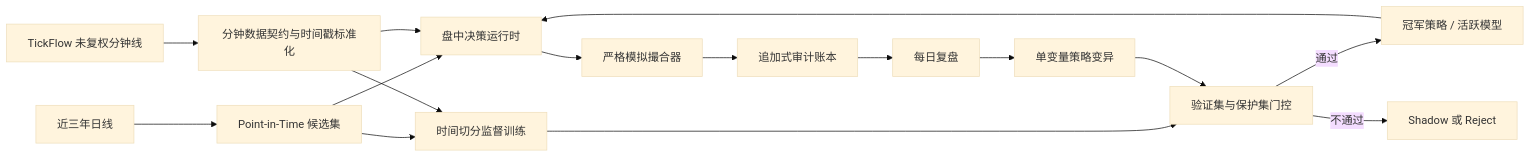
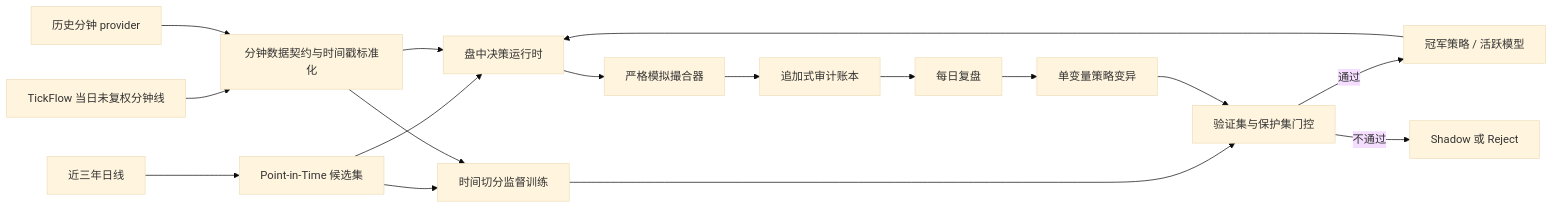
The diagram in docs/investment-expert-agent.md (Like315/tickflow-stock-panel), drawn with Mermaid (base theme) before and after one commit. The commit also changed other lines of this file and 45 other files, not shown here.

````diff
--- a/docs/investment-expert-agent.md
+++ b/docs/investment-expert-agent.md
@@ -9,18 +9,19 @@
 ```mermaid
 flowchart LR
-    T["TickFlow 未复权分钟线"] --> N["分钟数据契约与时间戳标准化"]
+    T["TickFlow 当日未复权分钟线"] --> N["分钟数据契约与时间戳标准化"]
+    H["历史分钟 provider"] --> N
     D["近三年日线"] --> P["Point-in-Time 候选集"]
     P --> R["盘中决策运行时"]
     N --> R
     R --> X["严格模拟撮合器"]
     X --> L["追加式审计账本"]
     L --> F["每日复盘"]
     F --> E["单变量策略变异"]
     P --> M["时间切分监督训练"]
     N --> M
     M --> G["验证集与保护集门控"]
     E --> G
     G -->|"通过"| C["冠军策略 / 活跃模型"]
     G -->|"不通过"| S["Shadow 或 Reject"]
     C --> R
 ```
````
